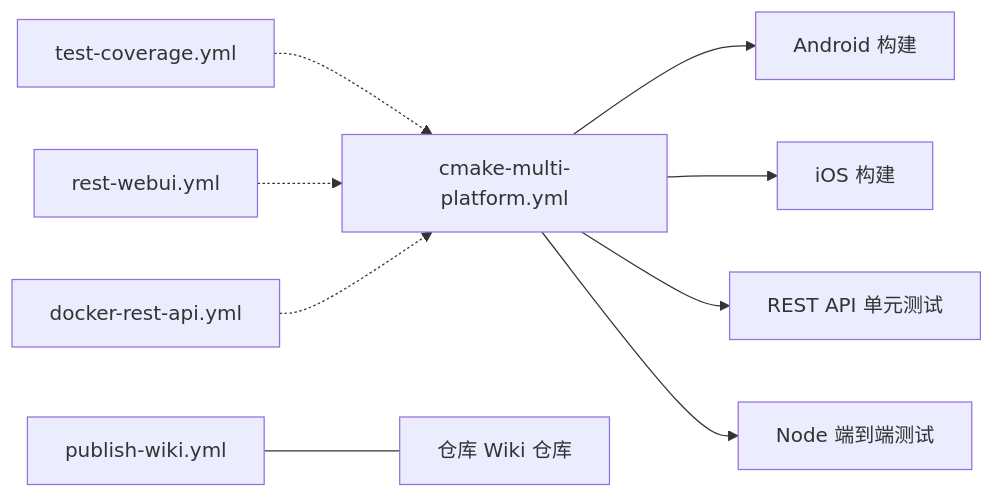
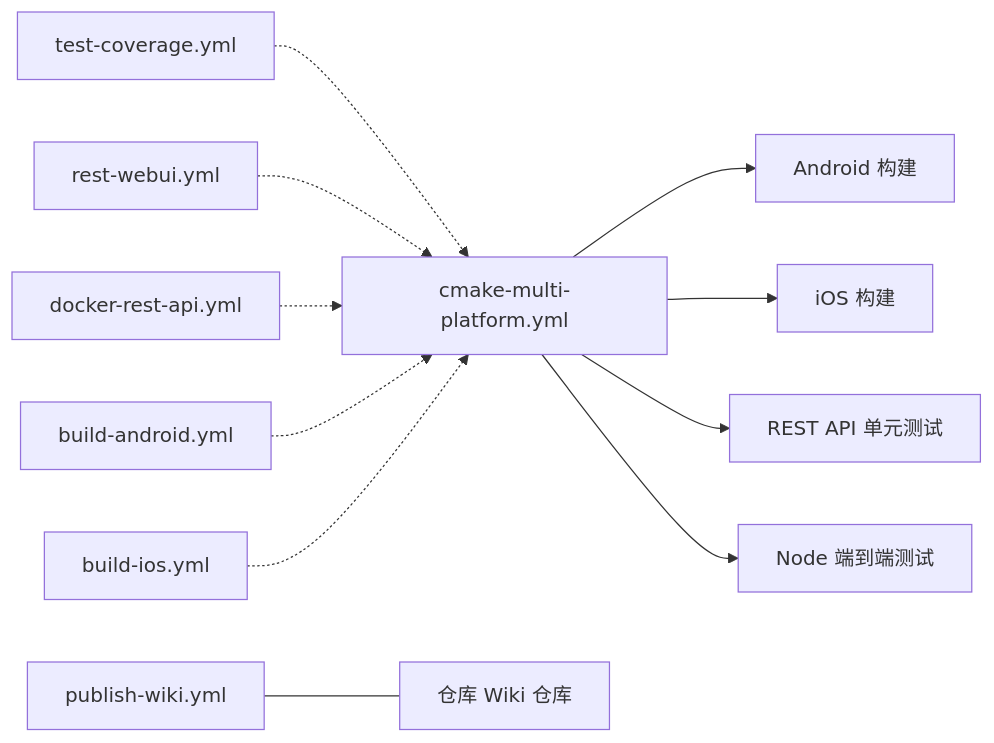
One commit to hsmbanlance/HsBaSlicer changed diagram 12 of 12 in .qoder/repowiki/zh/content/开发测试与贡献/CI_CD流水线增强.md. Above: the diagram before and after it, drawn with Mermaid. The commit also changed other lines of this file and 66 other files, not shown here.

````diff
--- a/.qoder/repowiki/zh/content/开发测试与贡献/CI_CD流水线增强.md
+++ b/.qoder/repowiki/zh/content/开发测试与贡献/CI_CD流水线增强.md
@@ -296,11 +457,13 @@
 ```mermaid
 graph LR
 Matrix["cmake-multi-platform.yml"] --> Android["Android 构建"]
 Matrix --> iOS["iOS 构建"]
 Matrix --> RestUnit["REST API 单元测试"]
 Matrix --> E2E["Node 端到端测试"]
 Coverage["test-coverage.yml"] -.-> Matrix
 WebUI["rest-webui.yml"] -.-> Matrix
 Docker["docker-rest-api.yml"] -.-> Matrix
 Wiki["publish-wiki.yml"] --- Repo["仓库 Wiki 仓库"]
+BuildAndroid["build-android.yml"] -.-> Matrix
+BuildIOS["build-ios.yml"] -.-> Matrix
 ```
````
